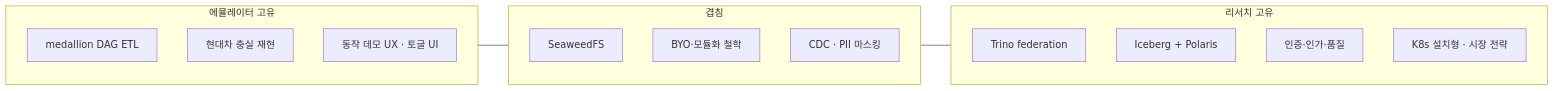
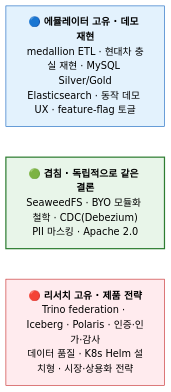
Before and after one commit to mzd-nrkim/pipeline-emulator: the third of 4 diagrams in docs/pipeline-emulator-vs-lakehouse-research.md, drawn with Mermaid. The commit also changed other lines of this file, not shown here.

Commit message:
docs(pipeline-emulator-vs-lakehouse-research): revise flowchart to enhance clarity and visual representation of the relationships between the emulator and lakehouse research, emphasizing unique features and overlaps.

````diff
--- a/docs/pipeline-emulator-vs-lakehouse-research.md
+++ b/docs/pipeline-emulator-vs-lakehouse-research.md
@@ -164,20 +164,13 @@
 ```mermaid
-flowchart LR
-    subgraph EMU["에뮬레이터 고유"]
-        E1["medallion DAG ETL"]
-        E2["현대차 충실 재현"]
-        E3["동작 데모 UX · 토글 UI"]
-    end
-    subgraph SHARED["겹침"]
-        S1["SeaweedFS"]
-        S2["BYO·모듈화 철학"]
-        S3["CDC · PII 마스킹"]
-    end
-    subgraph RES["리서치 고유"]
-        R1["Trino federation"]
-        R2["Iceberg + Polaris"]
-        R3["인증·인가·품질"]
-        R4["K8s 설치형 · 시장 전략"]
-    end
-    EMU --- SHARED --- RES
+flowchart TB
+    EMU["🔵 <b>에뮬레이터 고유 · 데모 재현</b><br/>medallion ETL · 현대차 충실 재현 · MySQL Silver/Gold<br/>Elasticsearch · 동작 데모 UX · feature-flag 토글"]
+    SH["🟢 <b>겹침 · 독립적으로 같은 결론</b><br/>SeaweedFS · BYO 모듈화 철학 · CDC(Debezium)<br/>PII 마스킹 · Apache 2.0"]
+    RES["🔴 <b>리서치 고유 · 제품 전략</b><br/>Trino federation · Iceberg · Polaris · 인증·인가·감사<br/>데이터 품질 · K8s Helm 설치형 · 시장·상용화 전략"]
+    EMU ~~~ SH ~~~ RES
+    classDef emu fill:#e3f2fd,stroke:#1565c0,color:#000
+    classDef sh fill:#e8f5e9,stroke:#2e7d32,color:#000,stroke-width:2px
+    classDef res fill:#ffebee,stroke:#c62828,color:#000
+    class EMU emu
+    class SH sh
+    class RES res
 ```
````
